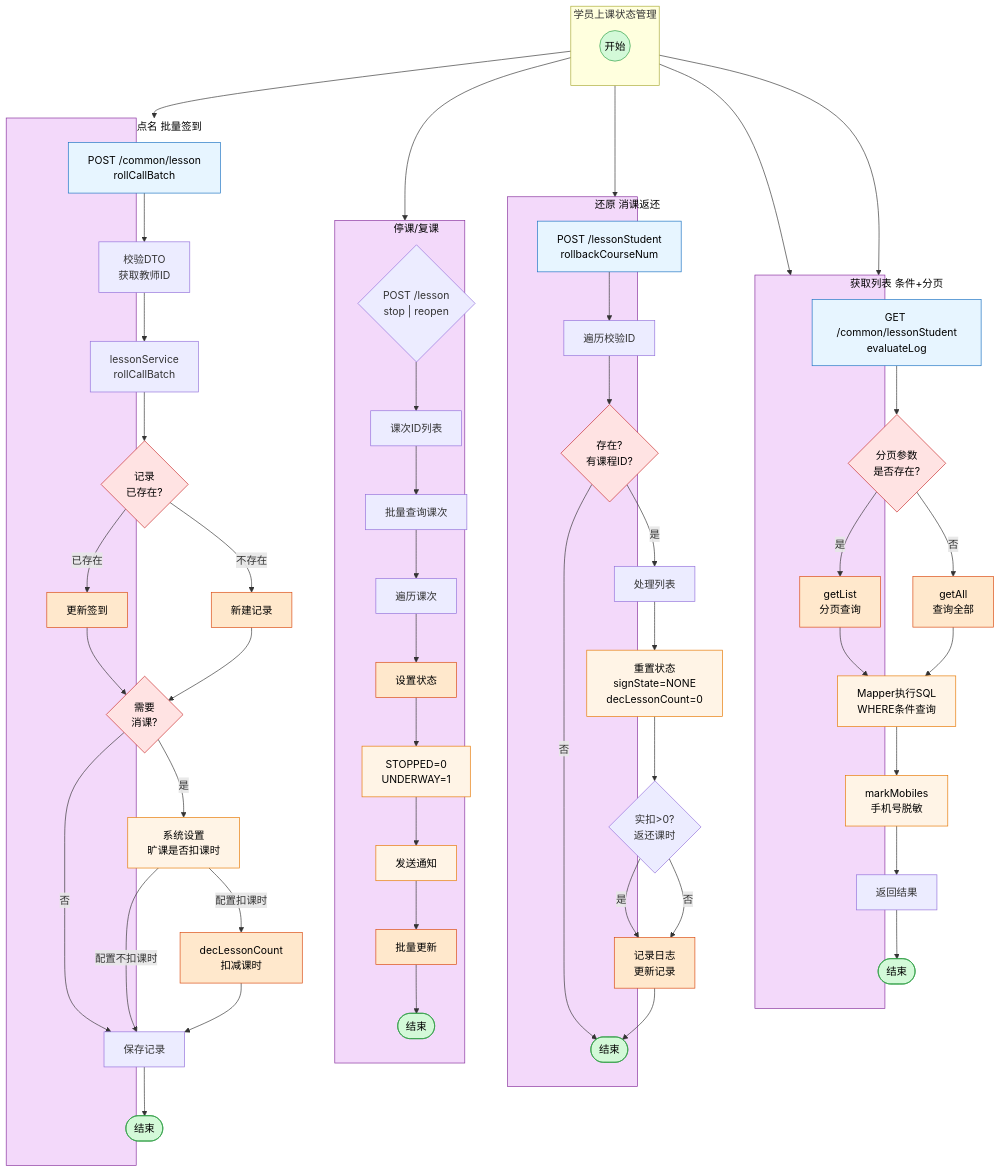
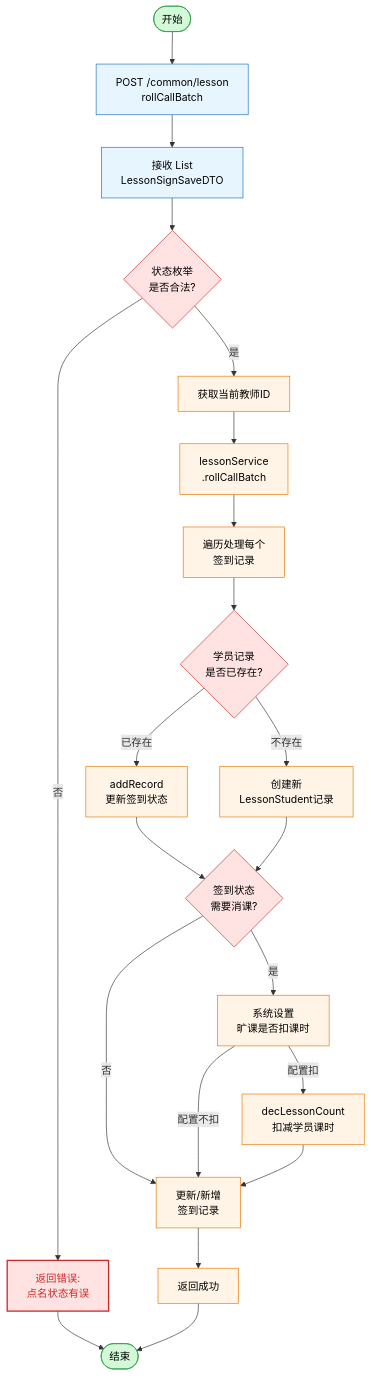
Before and after one commit to laoliu-463/mybook: the third of 5 diagrams in 00-收集箱/学员上课状态管理流程.md, drawn with Mermaid. The commit also changed other lines of this file and 2 other files, not shown here.

Commit message:
vault backup: 2026-03-11 16:11:48

````diff
--- a/00-收集箱/学员上课状态管理流程.md
+++ b/00-收集箱/学员上课状态管理流程.md
@@ -3,127 +53,38 @@
 ```mermaid
 flowchart TB
-    subgraph root["学员上课状态管理"]
-        direction TB
-        start1((开始))
-    end
-
-    subgraph list["获取列表 条件+分页"]
-        direction TB
-        list_api["GET /common/lessonStudent<br/>evaluateLog"]
-        list_check{"分页参数<br/>是否存在?"}
-        list_yes["getList<br/>分页查询"]
-        list_no["getAll<br/>查询全部"]
-        list_mapper["Mapper执行SQL<br/>WHERE条件查询"]
-        list_desensitize["markMobiles<br/>手机号脱敏"]
-        list_return["返回结果"]
-        list_end1([结束])
-    end
-
-    subgraph rollcall["点名 批量签到"]
-        direction TB
-        rollcall_api["POST /common/lesson<br/>rollCallBatch"]
-        rollcall_validate["校验DTO<br/>获取教师ID"]
-        rollcall_service["lessonService<br/>rollCallBatch"]
-        rollcall_check{"记录<br/>已存在?"}
-        rollcall_update["更新签到"]
-        rollcall_create["新建记录"]
-        rollcall_deduct{"需要<br/>消课?"}
-        rollcall_setting["系统设置<br/>旷课是否扣课时"]
-        rollcall_dec["decLessonCount<br/>扣减课时"]
-        rollcall_save["保存记录"]
-        rollcall_end1([结束])
-    end
-
-    subgraph stop["停课/复课"]
-        direction TB
-        stop_api{"POST /lesson<br/>stop | reopen"}
-        stop_ids["课次ID列表"]
-        stop_query["批量查询课次"]
-        stop_loop["遍历课次"]
-        stop_set["设置状态"]
-        stop_enum["STOPPED=0<br/>UNDERWAY=1"]
-        stop_notice["发送通知"]
-        stop_update["批量更新"]
-        stop_end1([结束])
-    end
-
-    subgraph rollback["还原 消课返还"]
-        direction TB
-        rollback_api["POST /lessonStudent<br/>rollbackCourseNum"]
-        rollback_loop["遍历校验ID"]
-        rollback_check{"存在?<br/>有课程ID?"}
-        rollback_process["处理列表"]
-        rollback_reset["重置状态<br/>signState=NONE<br/>decLessonCount=0"]
-        rollback_restore{"实扣>0?<br/>返还课时"}
-        rollback_log["记录日志<br/>更新记录"]
-        rollback_end1([结束])
-    end
-
-    %% 根节点连接
-    root --> list
-    root --> rollcall
-    root --> stop
-    root --> rollback
-
-    %% 获取列表流程
-    start1 --> list_api
-    list_api --> list_check
-    list_check -->|是| list_yes
-    list_check -->|否| list_no
-    list_yes --> list_mapper
-    list_no --> list_mapper
-    list_mapper --> list_desensitize
-    list_desensitize --> list_return
-    list_return --> list_end1
-
-    %% 点名流程
-    rollcall_api --> rollcall_validate
-    rollcall_validate --> rollcall_service
-    rollcall_service --> rollcall_check
-    rollcall_check -->|已存在| rollcall_update
-    rollcall_check -->|不存在| rollcall_create
+    start2([开始]) --> rollcall_api["POST /common/lesson<br/>rollCallBatch"]
+    rollcall_api --> rollcall_dto["接收 List<br/>LessonSignSaveDTO"]
+    rollcall_dto --> rollcall_validate{状态枚举<br/>是否合法?}
+    rollcall_validate -->|否| rollcall_error[返回错误:<br/>点名状态有误]
+    rollcall_error --> end2([结束])
+    rollcall_validate -->|是| rollcall_teacher["获取当前教师ID"]
+    rollcall_teacher --> rollcall_service["lessonService<br/>.rollCallBatch"]
+    rollcall_service --> rollcall_loop[遍历处理每个<br/>签到记录]
+    rollcall_loop --> rollcall_check{学员记录<br/>是否已存在?}
+    rollcall_check -->|已存在| rollcall_update["addRecord<br/>更新签到状态"]
+    rollcall_check -->|不存在| rollcall_create["创建新<br/>LessonStudent记录"]
     rollcall_update --> rollcall_deduct
     rollcall_create --> rollcall_deduct
-    rollcall_deduct -->|是| rollcall_setting
+    rollcall_deduct{签到状态<br/>需要消课?}
+    rollcall_deduct -->|是| rollcall_setting[系统设置<br/>旷课是否扣课时]
     rollcall_deduct -->|否| rollcall_save
-    rollcall_setting -->|配置扣课时| rollcall_dec
-    rollcall_setting -->|配置不扣课时| rollcall_save
+    rollcall_setting -->|配置扣| rollcall_dec["decLessonCount<br/>扣减学员课时"]
+    rollcall_setting -->|配置不扣| rollcall_save
     rollcall_dec --> rollcall_save
-    rollcall_save --> rollcall_end1
+    rollcall_save[更新/新增<br/>签到记录]
+    rollcall_save --> rollcall_return[返回成功]
+    rollcall_return --> end2
 
-    %% 停课/复课流程
-    stop_api --> stop_ids
-    stop_ids --> stop_query
-    stop_query --> stop_loop
-    stop_loop --> stop_set
-    stop_set --> stop_enum
-    stop_enum --> stop_notice
-    stop_notice --> stop_update
-    stop_update --> stop_end1
-
-    %% 还原流程
-    rollback_api --> rollback_loop
-    rollback_loop --> rollback_check
-    rollback_check -->|是| rollback_process
-    rollback_check -->|否| rollback_end1
-    rollback_process --> rollback_reset
-    rollback_reset --> rollback_restore
-    rollback_restore -->|是| rollback_log
-    rollback_restore -->|否| rollback_log
-    rollback_log --> rollback_end1
-
-    %% 样式定义
     classDef startEnd fill:#d3f9d8,stroke:#2f9e44,color:#000
     classDef api fill:#e7f5ff,stroke:#1971c2,color:#000
+    classDef decision fill:#ffe3e3,stroke:#c92a2a,color:#000
     classDef process fill:#fff4e6,stroke:#e67700,color:#000
-    classDef decision fill:#ffe3e3,stroke:#c92a2a,color:#000
     classDef action fill:#ffe8cc,stroke:#d9480f,color:#000
-    classDef module fill:#f3d9fa,stroke:#862e9c,color:#000,width:200px
+    classDef error fill:#ffe3e3,stroke:#c92a2a,color:#c92a2a,stroke-width:2px
 
-    class start1,list_end1,rollcall_end1,stop_end1,rollback_end1 startEnd
-    class list_api,rollcall_api,rollback_api api
-    class list_desensitize,rollback_reset,stop_notice,list_mapper,rollcall_setting,stop_enum process
-    class list_check,rollcall_check,rollback_check,rollcall_deduct decision
-    class list_yes,list_no,rollcall_update,rollcall_create,rollcall_dec,stop_set,stop_update,rollback_log action
-    class list,rollcall,stop,rollback module
+    class start2,end2 startEnd
+    class rollcall_api,rollcall_dto api
+    class rollcall_validate,rollcall_check,rollcall_deduct decision
+    class rollcall_error error
+    class rollcall_teacher,rollcall_loop,rollcall_setting,rollcall_update,rollcall_create,rollcall_dec,rollcall_save,rollcall_return,rollcall_service process
 ```
````
